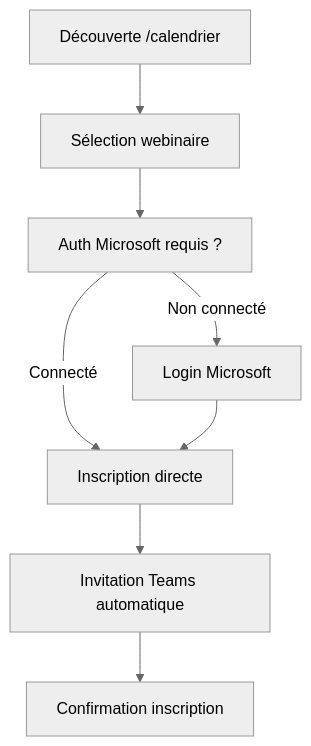
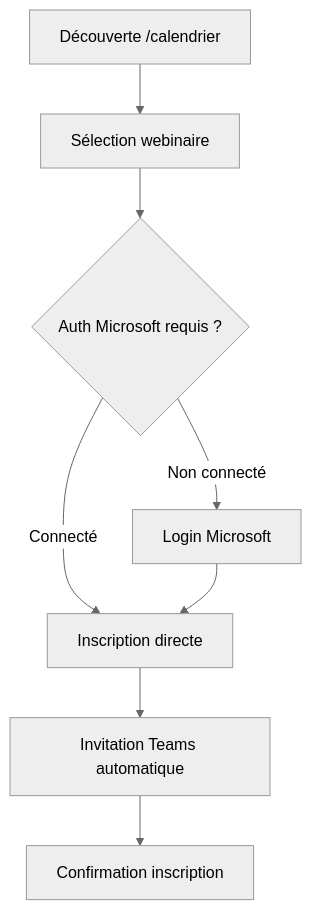
The second of 3 diagrams in README.md (damsblt/helvetiforma), drawn with Mermaid (neutral theme) before and after one commit. The commit also changed other lines of this file and 23 other files, not shown here.

````diff
--- a/README.md
+++ b/README.md
@@ -371,10 +371,10 @@
 ```mermaid
 flowchart TD
-    A[Découverte /calendrier] --> B[Sélection webinaire]
-    B --> C[Auth Microsoft requis ?]
-    C -->|Non connecté| D[Login Microsoft]
-    C -->|Connecté| E[Inscription directe]
+    A["Découverte /calendrier"] --> B["Sélection webinaire"]
+    B --> C{"Auth Microsoft requis ?"}
+    C -->|Non connecté| D["Login Microsoft"]
+    C -->|Connecté| E["Inscription directe"]
     D --> E
-    E --> F[Invitation Teams automatique]
-    F --> G[Confirmation inscription]
+    E --> F["Invitation Teams automatique"]
+    F --> G["Confirmation inscription"]
 ```
````
